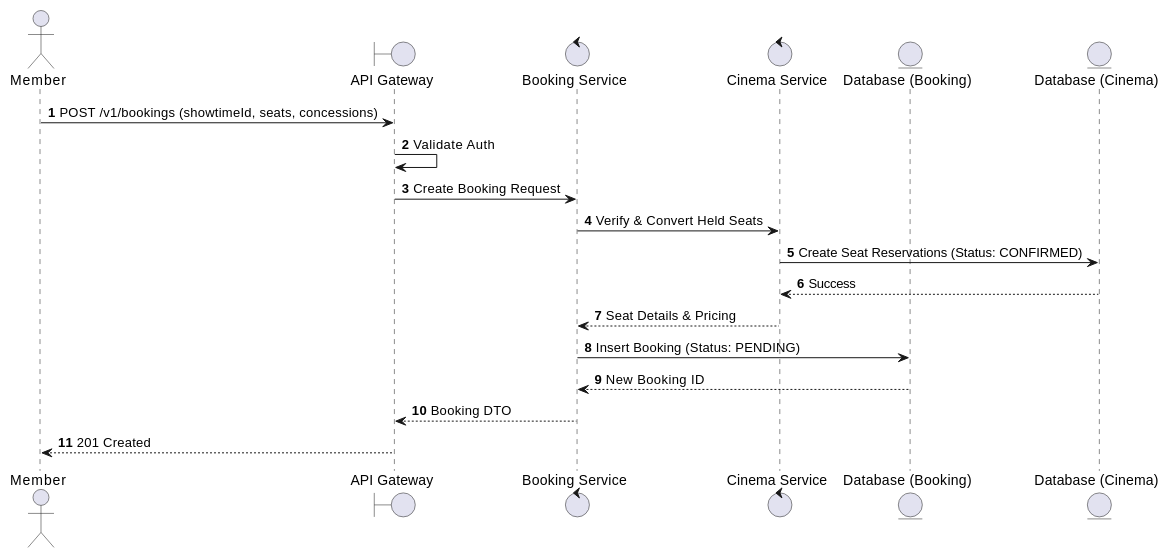
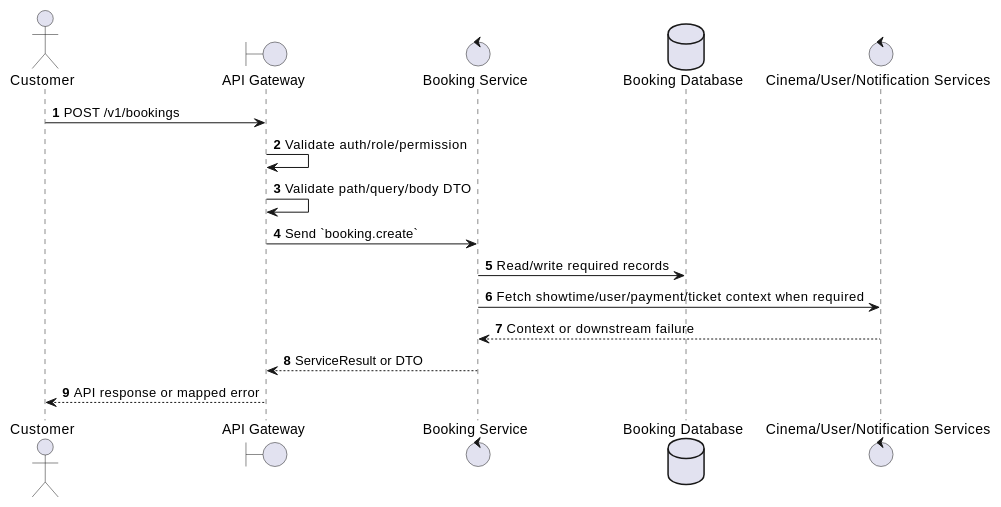
One commit to Tanh1603/movie-hub-architecture changed the first of 2 diagrams in docs/functional_specs/3.5.1_User_Booking_Operations/BK-01_Create_Booking.md. Above: the diagram before and after it, drawn with PlantUML. The commit also changed other lines of this file and 126 other files, not shown here.

````diff
--- a/docs/functional_specs/3.5.1_User_Booking_Operations/BK-01_Create_Booking.md
+++ b/docs/functional_specs/3.5.1_User_Booking_Operations/BK-01_Create_Booking.md
@@ -17,23 +17,20 @@
 ```plantuml
 @startuml
 autonumber
-actor Member
+actor "Customer" as Actor
 boundary "API Gateway" as GW
-control "Booking Service" as BS
-control "Cinema Service" as CS
-entity "Database (Booking)" as DB_B
-entity "Database (Cinema)" as DB_C
+control "Booking Service" as SVC
+database "Booking Database" as DB
+control "Cinema/User/Notification Services" as EXT
 
-Member -> GW: POST /v1/bookings (showtimeId, seats, concessions)
-GW -> GW: Validate Auth
-GW -> BS: Create Booking Request
-BS -> CS: Verify & Convert Held Seats
-CS -> DB_C: Create Seat Reservations (Status: CONFIRMED)
-DB_C --> CS: Success
-CS --> BS: Seat Details & Pricing
-BS -> DB_B: Insert Booking (Status: PENDING)
-DB_B --> BS: New Booking ID
-BS --> GW: Booking DTO
-GW --> Member: 201 Created
+Actor -> GW: POST /v1/bookings
+GW -> GW: Validate auth/role/permission
+GW -> GW: Validate path/query/body DTO
+GW -> SVC: Send `booking.create`
+SVC -> DB: Read/write required records
+SVC -> EXT: Fetch showtime/user/payment/ticket context when required
+EXT --> SVC: Context or downstream failure
+SVC --> GW: ServiceResult or DTO
+GW --> Actor: API response or mapped error
 @enduml
 ```
````
